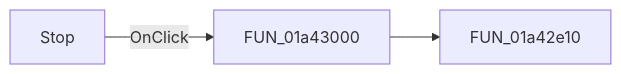
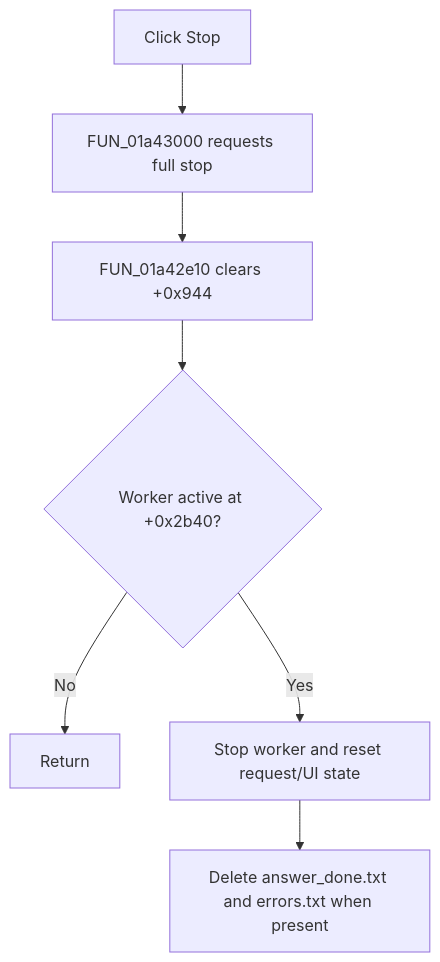
The diagram in docs/ui-controls/localllmform/sbstop-7bc8d3764e.md (MovGP0/TIARA), drawn with Mermaid before and after one commit. The commit also changed other lines of this file and 1062 other files, not shown here.

````diff
--- a/docs/ui-controls/localllmform/sbstop-7bc8d3764e.md
+++ b/docs/ui-controls/localllmform/sbstop-7bc8d3764e.md
@@ -27,5 +29,9 @@
 ```mermaid
-flowchart LR
-    control["Stop"] -->|OnClick| handler["FUN_01a43000"]
-    handler --> call1["FUN_01a42e10"]
+flowchart TD
+    control["Click Stop"] --> wrapper["FUN_01a43000 requests full stop"]
+    wrapper --> reset["FUN_01a42e10 clears +0x944"]
+    reset --> active{"Worker active at +0x2b40?"}
+    active -->|No| noop["Return"]
+    active -->|Yes| stop["Stop worker and reset request/UI state"]
+    stop --> files["Delete answer_done.txt and errors.txt when present"]
 ```
````
